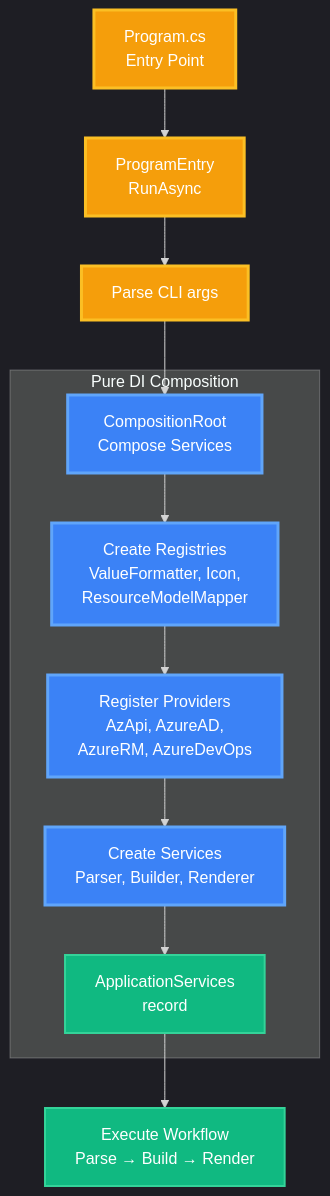
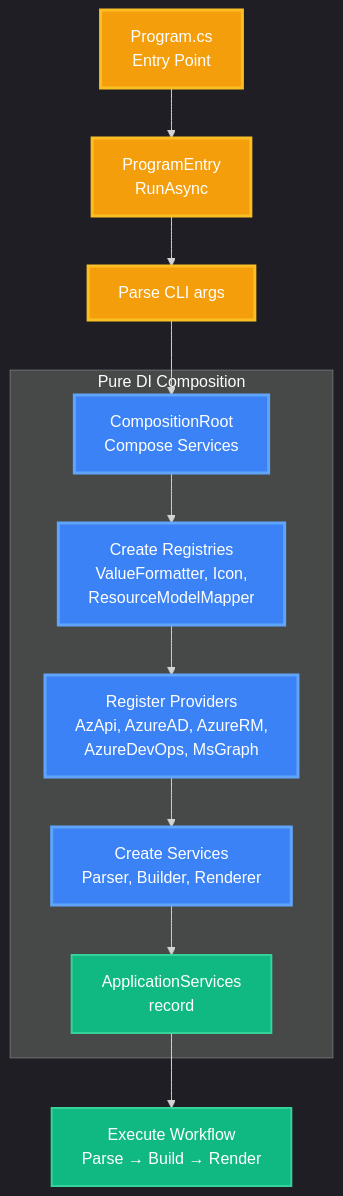
The ninth of 17 diagrams in docs/architecture.md (oocx/tfplan2md), drawn with Mermaid before and after one commit. The commit also changed other lines of this file, not shown here.

Commit message:
docs: include Microsoft Graph provider in architecture

````diff
--- a/docs/architecture.md
+++ b/docs/architecture.md
@@ -1017,25 +1020,25 @@
 ```mermaid
 %%{init: {'theme':'dark', 'themeVariables': { 'fontSize':'16px', 'fontFamily':'ui-sans-serif, system-ui, sans-serif'}}}%%
 flowchart TD
     classDef entryNode fill:#f59e0b,stroke:#fbbf24,stroke-width:3px,color:#ffffff
     classDef compNode fill:#3b82f6,stroke:#60a5fa,stroke-width:3px,color:#ffffff
     classDef serviceNode fill:#10b981,stroke:#34d399,stroke-width:2px,color:#ffffff
     
     Entry[Program.cs<br/>Entry Point] --> PEntry[ProgramEntry<br/>RunAsync]
     PEntry --> CliParse[Parse CLI args]
     CliParse --> Compose[CompositionRoot<br/>Compose Services]
     
     subgraph CompositionRoot["Pure DI Composition"]
         Compose --> Registries[Create Registries<br/>ValueFormatter, Icon,<br/>ResourceModelMapper]
-        Registries --> Providers[Register Providers<br/>AzApi, AzureAD,<br/>AzureRM, AzureDevOps]
+        Registries --> Providers[Register Providers<br/>AzApi, AzureAD, AzureRM,<br/>AzureDevOps, MsGraph]
         Providers --> Services[Create Services<br/>Parser, Builder, Renderer]
         Services --> AppSvc[ApplicationServices<br/>record]
     end
     
     AppSvc --> Workflow[Execute Workflow<br/>Parse → Build → Render]
     
     class Entry entryNode
     class PEntry,CliParse entryNode
     class Compose,Registries,Providers,Services compNode
     class AppSvc,Workflow serviceNode
 ```
````
